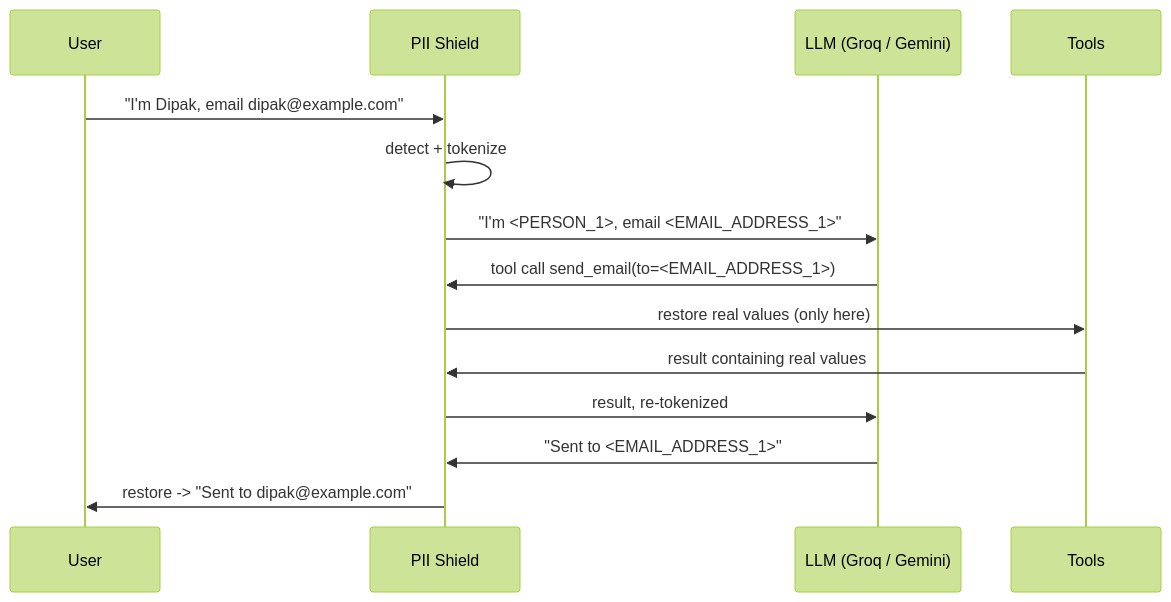
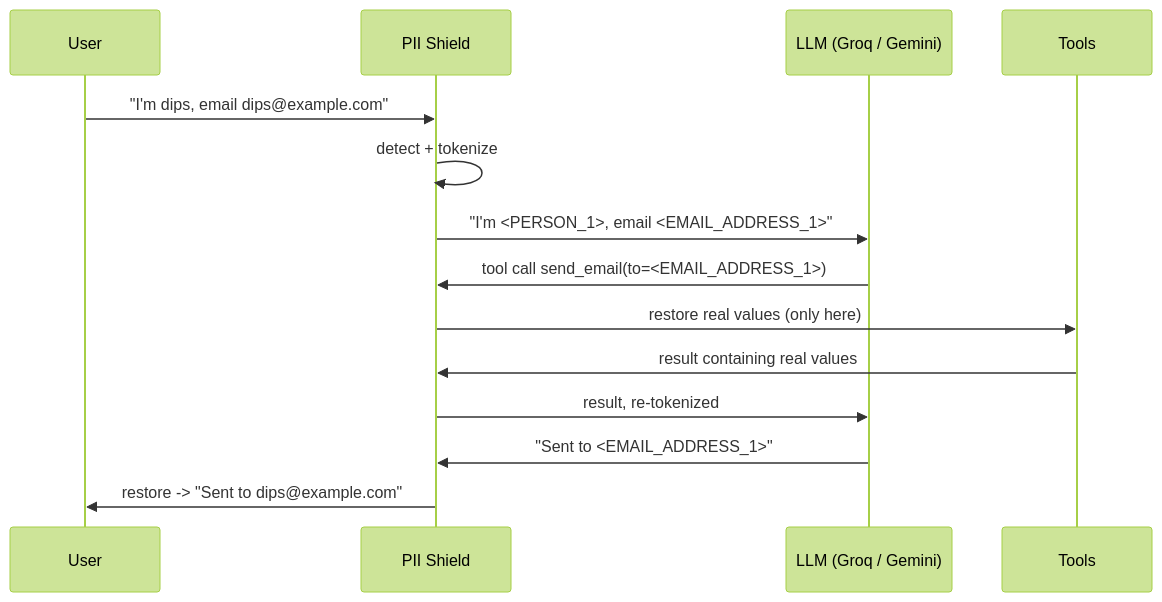
One commit to dipak-shaaki/PII_Guardrails changed the diagram in README.md. Above: the diagram before and after it, drawn with Mermaid (forest theme). The commit also changed other lines of this file, not shown here.

````diff
--- a/README.md
+++ b/README.md
@@ -15,17 +15,17 @@
 ```mermaid
 sequenceDiagram
     participant U as User
     participant S as PII Shield
     participant L as LLM (Groq / Gemini)
     participant T as Tools
 
-    U->>S: "I'm Dipak, email dipak@example.com"
+    U->>S: "I'm dips, email dips@example.com"
     S->>S: detect + tokenize
     S->>L: "I'm <PERSON_1>, email <EMAIL_ADDRESS_1>"
     L->>S: tool call send_email(to=<EMAIL_ADDRESS_1>)
     S->>T: restore real values (only here)
     T->>S: result containing real values
     S->>L: result, re-tokenized
     L->>S: "Sent to <EMAIL_ADDRESS_1>"
-    S->>U: restore -> "Sent to dipak@example.com"
+    S->>U: restore -> "Sent to dips@example.com"
 ```
````
